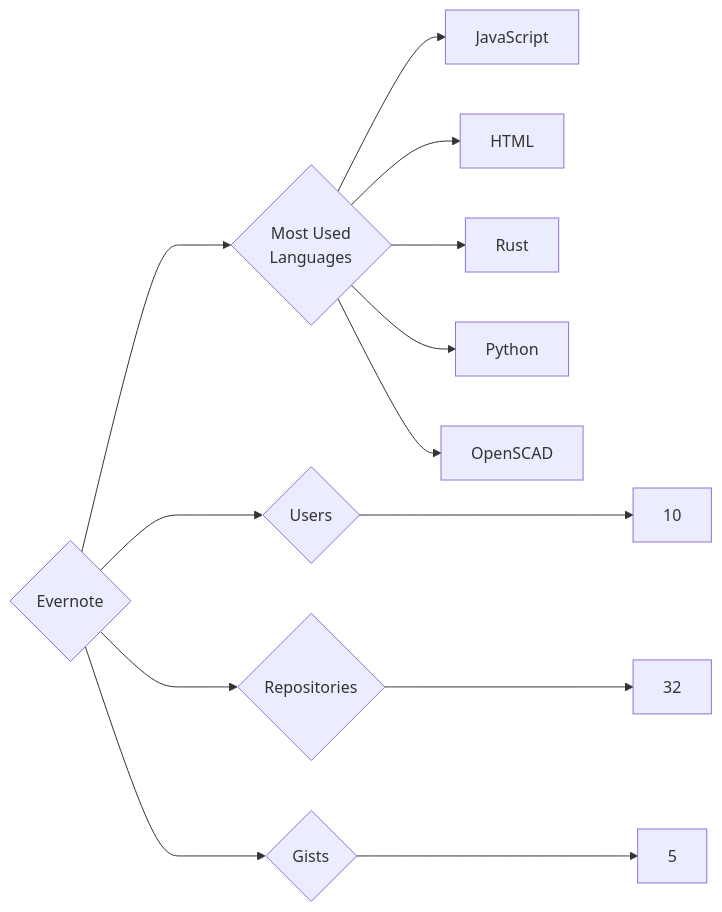
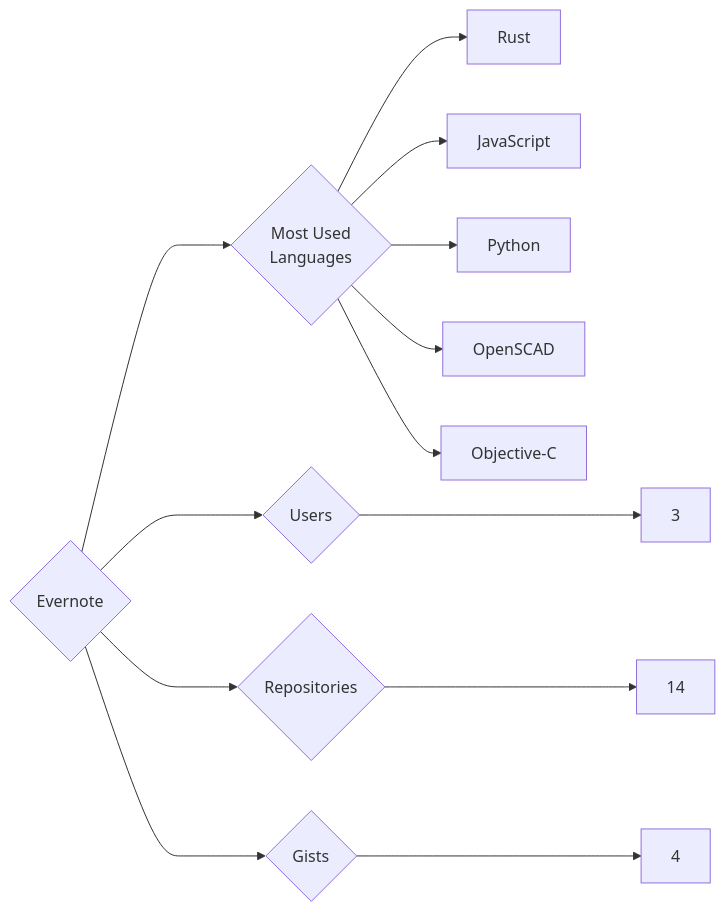
Before and after one commit to trickest/insiders: the diagram in targets/Evernote/README.md, drawn with Mermaid. The commit also changed 953 other files, not shown here.

````diff
--- a/targets/Evernote/README.md
+++ b/targets/Evernote/README.md
@@ -3,13 +3,13 @@
 ```mermaid
 graph LR
 COMPANY_NAME{Evernote}
-COMPANY_NAME ---> U{Users} ---> UN[10]
-COMPANY_NAME ---> R{Repositories} ---> RN[32]
-COMPANY_NAME ---> G{Gists} ---> GN[5]
+COMPANY_NAME ---> U{Users} ---> UN[3]
+COMPANY_NAME ---> R{Repositories} ---> RN[14]
+COMPANY_NAME ---> G{Gists} ---> GN[4]
 COMPANY_NAME ---> ML{Most Used<br>Languages}
+ML --> Rust[Rust]
 ML --> JavaScript[JavaScript]
-ML --> HTML[HTML]
-ML --> Rust[Rust]
 ML --> Python[Python]
 ML --> OpenSCAD[OpenSCAD]
+ML --> Objective-C[Objective-C]
 ```
````
